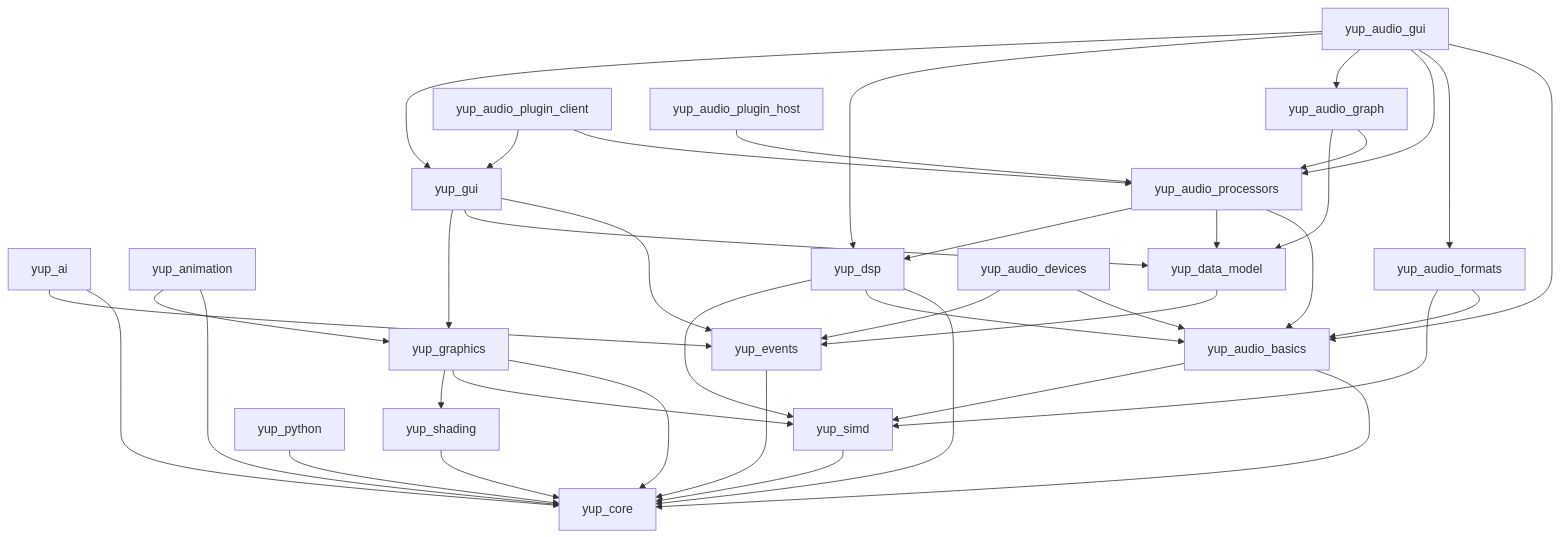
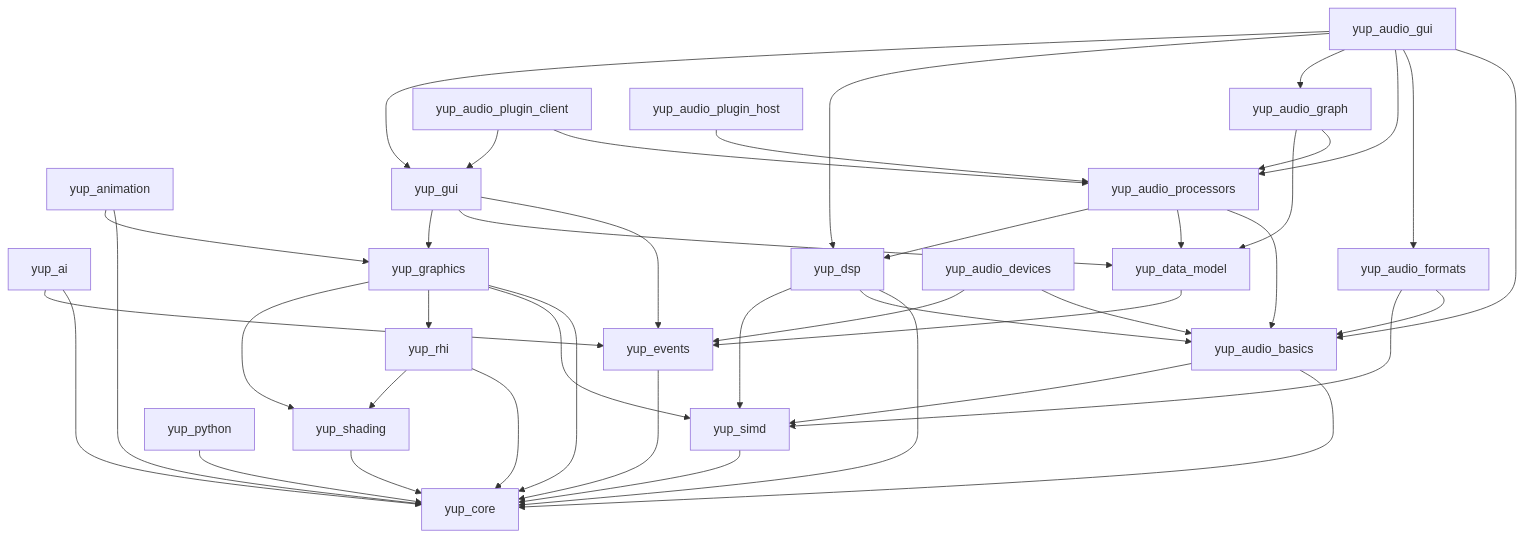
Before and after one commit to kunitoki/yup: diagram 21 of 21 in docs/modules.md, drawn with Mermaid. The commit also changed other lines of this file and 88 other files, not shown here.

````diff
--- a/docs/modules.md
+++ b/docs/modules.md
@@ -385,54 +406,57 @@
 ```mermaid
 flowchart TD
     simd[yup_simd] --> core[yup_core]
     events[yup_events] --> core
     shading[yup_shading] --> core
+    rhi[yup_rhi] --> core
+    rhi --> shading
     python[yup_python] --> core
     ai[yup_ai] --> core
     ai --> events
 
     graphics[yup_graphics] --> core
     graphics --> simd
+    graphics --> rhi
     graphics --> shading
 
     animation[yup_animation] --> core
     animation --> graphics
 
     data[yup_data_model] --> events
 
     gui[yup_gui] --> events
     gui --> data
     gui --> graphics
 
     ab[yup_audio_basics] --> core
     ab --> simd
 
     dsp[yup_dsp] --> core
     dsp --> ab
     dsp --> simd
 
     afmt[yup_audio_formats] --> ab
     afmt --> simd
 
     adev[yup_audio_devices] --> ab
     adev --> events
 
     aproc[yup_audio_processors] --> ab
     aproc --> data
     aproc --> dsp
 
     agraph[yup_audio_graph] --> aproc
     agraph --> data
 
     aclient[yup_audio_plugin_client] --> aproc
     aclient --> gui
 
     ahost[yup_audio_plugin_host] --> aproc
 
     agui[yup_audio_gui] --> ab
     agui --> afmt
     agui --> aproc
     agui --> agraph
     agui --> dsp
     agui --> gui
 ```
````
